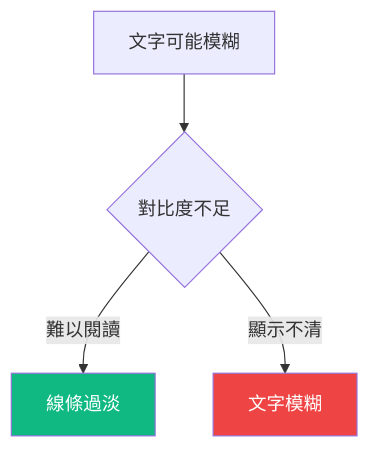
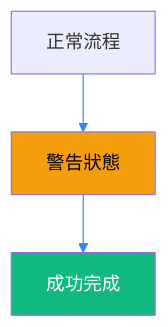
Before and after one commit to ChiahungTai/ai-rules: the fourth of 8 diagrams in skills/mermaid/SKILL.md, drawn with Mermaid. The commit also changed other lines of this file and 4 other files, not shown here.

First line of the commit message:
refactor(mermaid): 採用實用主義配置，簡化 Mermaid Skill 架構

````diff
--- a/skills/mermaid/SKILL.md
+++ b/skills/mermaid/SKILL.md
@@ -174,20 +110,14 @@
 ```mermaid
 %%{init: {
-  'theme': 'base',
+  'theme': 'default',
   'themeVariables': {
-    'background': 'transparent',
-    'lineColor': '#94a3b8',    # ❌ 線條過淺
-    'textColor': '#374151',    # ❌ 文字對比度不足
-    'primaryColor': '#ffffff',
-    'secondaryColor': '#ffffff',
-    'tertiaryColor': '#ffffff'
+    'lineColor': '#3b82f6'
   }
 }}%%
-graph TD
-    A[文字可能模糊] --> B{對比度不足}
-    B -->|難以閱讀| C[線條過淡]
-    B -->|顯示不清| D[文字模糊]
+flowchart TD
+    A[正常流程] --> B[警告狀態]
+    B --> C[成功完成]
 
+    style B fill:#f59e0b,color:#000000
     style C fill:#10b981,color:#ffffff
-    style D fill:#ef4444,color:#ffffff
 ```
````
